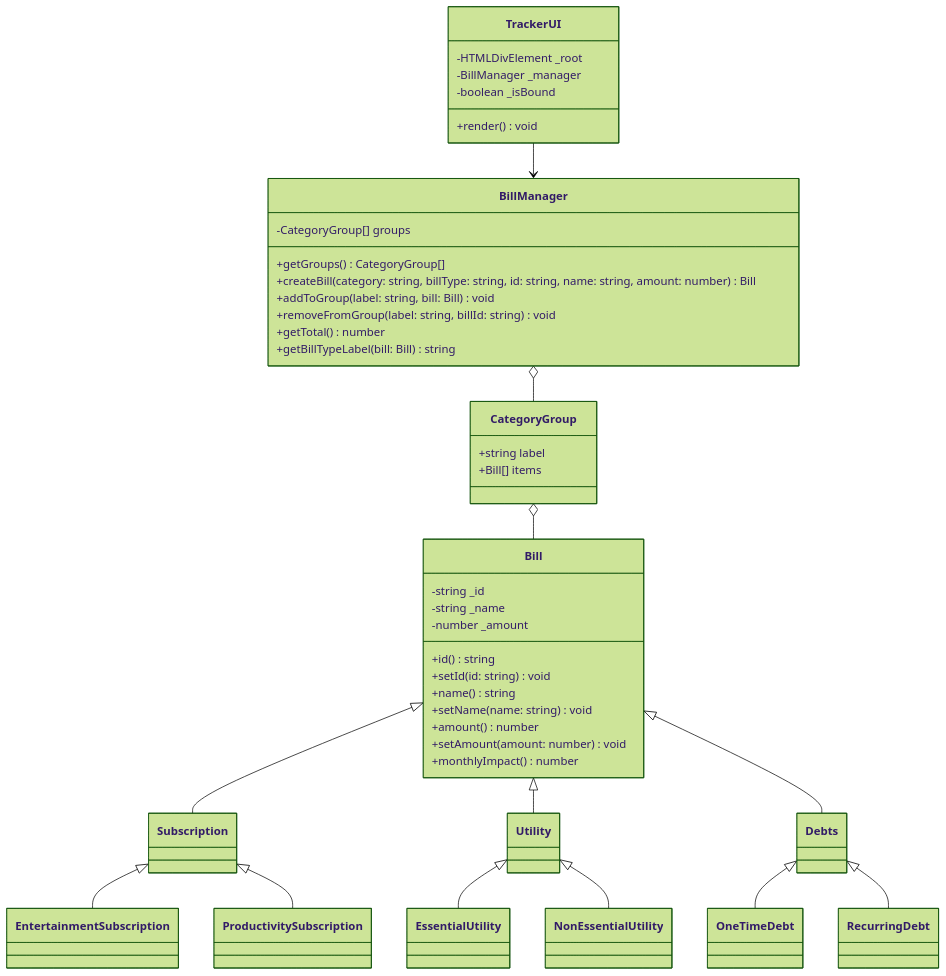
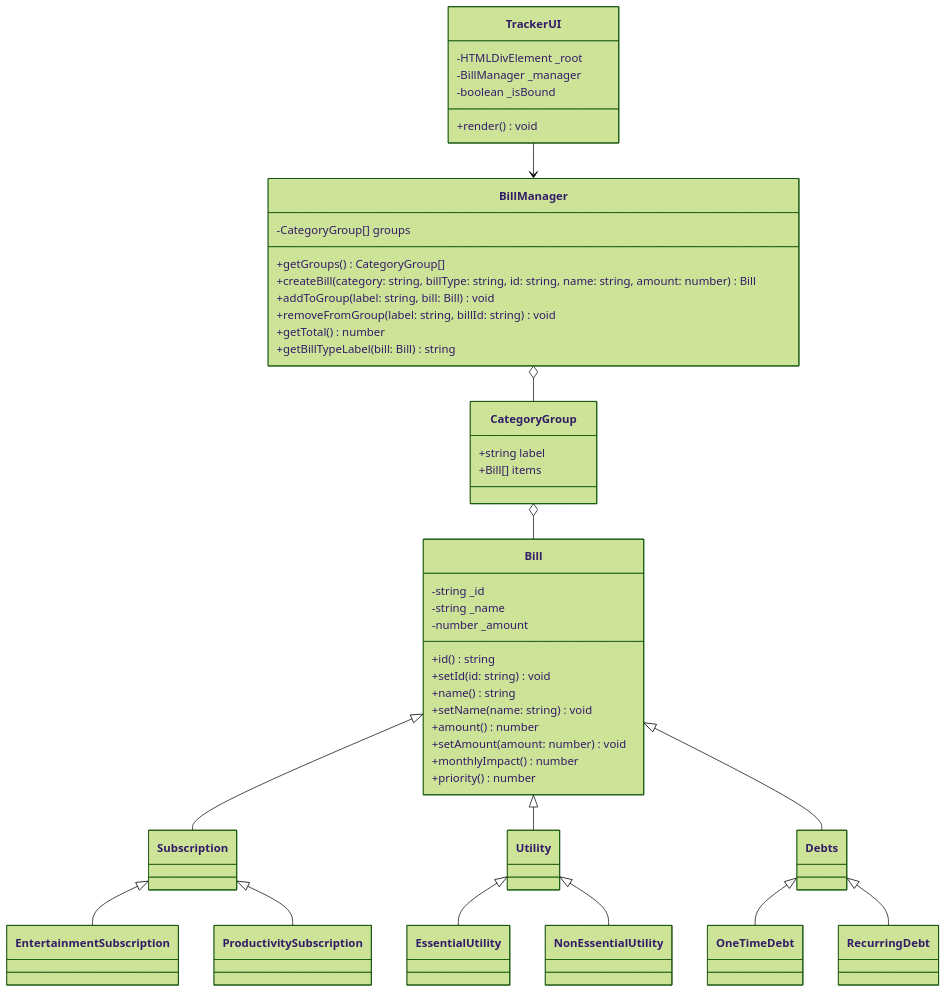
One commit to XanthPalmes/Bill_tracker changed the diagram in my-vite-project/README.md. Above: the diagram before and after it, drawn with Mermaid (forest theme). The commit also changed 1 other file, not shown here.

Commit message:
updated sample UML diagram

````diff
--- a/my-vite-project/README.md
+++ b/my-vite-project/README.md
@@ -7,65 +7,66 @@
 ```mermaid
 classDiagram
     class Bill {
       -string _id
       -string _name
       -number _amount
       +id() string
       +setId(id: string) void
       +name() string
       +setName(name: string) void
       +amount() number
       +setAmount(amount: number) void
       +monthlyImpact() number
+      +priority() number
     }
 
     class Subscription
     class EntertainmentSubscription
     class ProductivitySubscription
 
     class Utility
     class EssentialUtility
     class NonEssentialUtility
 
     class Debts
     class OneTimeDebt
     class RecurringDebt
 
     class BillManager {
       -CategoryGroup[] groups
       +getGroups() CategoryGroup[]
       +createBill(category: string, billType: string, id: string, name: string, amount: number) Bill
       +addToGroup(label: string, bill: Bill) void
       +removeFromGroup(label: string, billId: string) void
       +getTotal() number
       +getBillTypeLabel(bill: Bill) string
     }
 
     class TrackerUI {
       -HTMLDivElement _root
       -BillManager _manager
       -boolean _isBound
       +render() void
     }
 
     class CategoryGroup {
       +string label
       +Bill[] items
     }
 
     Bill <|-- Subscription
     Subscription <|-- EntertainmentSubscription
     Subscription <|-- ProductivitySubscription
 
     Bill <|-- Utility
     Utility <|-- EssentialUtility
     Utility <|-- NonEssentialUtility
 
     Bill <|-- Debts
     Debts <|-- OneTimeDebt
     Debts <|-- RecurringDebt
 
     BillManager o-- CategoryGroup
     CategoryGroup o-- Bill
     TrackerUI --> BillManager
 ```
````
